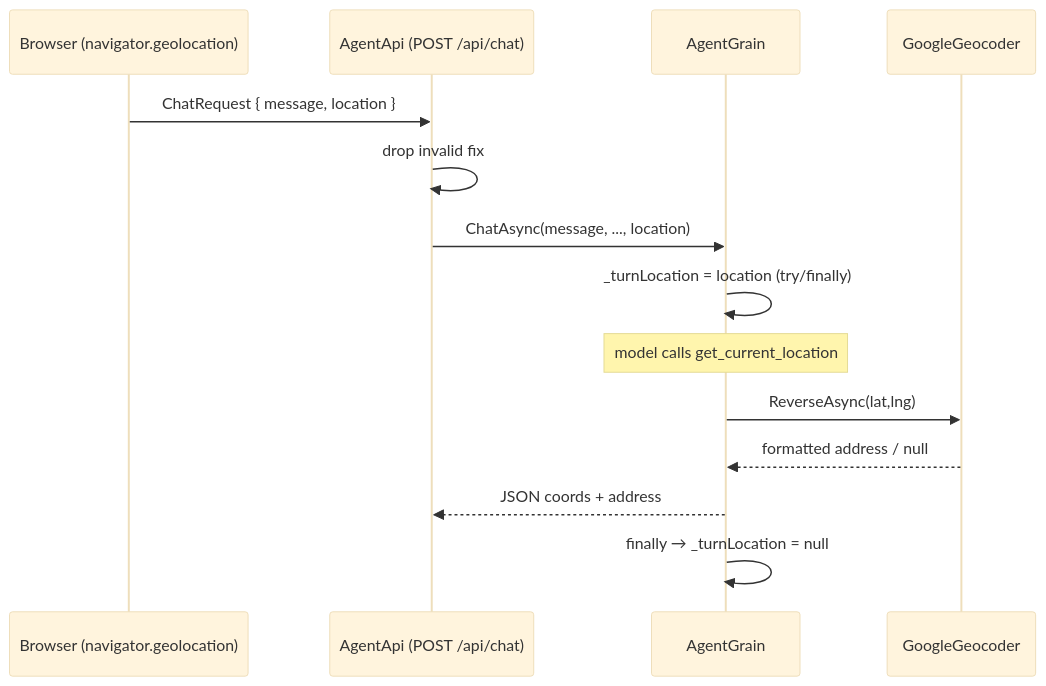
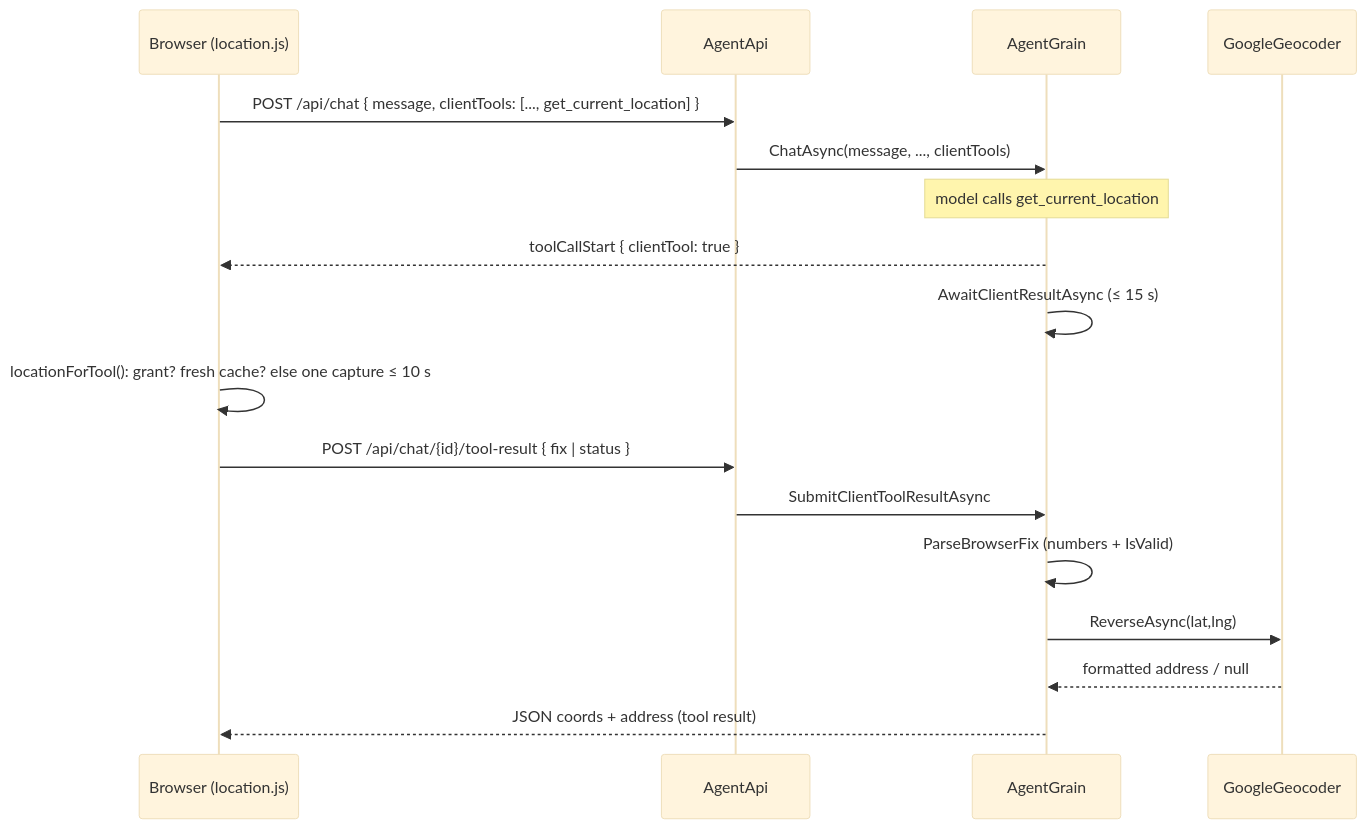
Before and after one commit to Expecho/Agent42: the diagram in docs/features/current-location.md, drawn with Mermaid (base theme). The commit also changed other lines of this file and 46 other files, not shown here.

First line of the commit message:
feat(location): get_current_location becomes a client tool (ADR 0090) (#179)

````diff
--- a/docs/features/current-location.md
+++ b/docs/features/current-location.md
@@ -23,17 +24,20 @@
 ```mermaid
 sequenceDiagram
-    participant B as Browser (navigator.geolocation)
-    participant API as AgentApi (POST /api/chat)
+    participant B as Browser (location.js)
+    participant API as AgentApi
     participant G as AgentGrain
     participant Geo as GoogleGeocoder
 
-    B->>API: ChatRequest { message, location }
-    API->>API: drop invalid fix
-    API->>G: ChatAsync(message, ..., location)
-    G->>G: _turnLocation = location (try/finally)
+    B->>API: POST /api/chat { message, clientTools: [..., get_current_location] }
+    API->>G: ChatAsync(message, ..., clientTools)
     Note over G: model calls get_current_location
+    G-->>B: toolCallStart { clientTool: true }
+    G->>G: AwaitClientResultAsync (≤ 15 s)
+    B->>B: locationForTool(): grant? fresh cache? else one capture ≤ 10 s
+    B->>API: POST /api/chat/{id}/tool-result { fix | status }
+    API->>G: SubmitClientToolResultAsync
+    G->>G: ParseBrowserFix (numbers + IsValid)
     G->>Geo: ReverseAsync(lat,lng)
     Geo-->>G: formatted address / null
-    G-->>API: JSON coords + address
-    G->>G: finally → _turnLocation = null
+    G-->>B: JSON coords + address (tool result)
 ```
````
